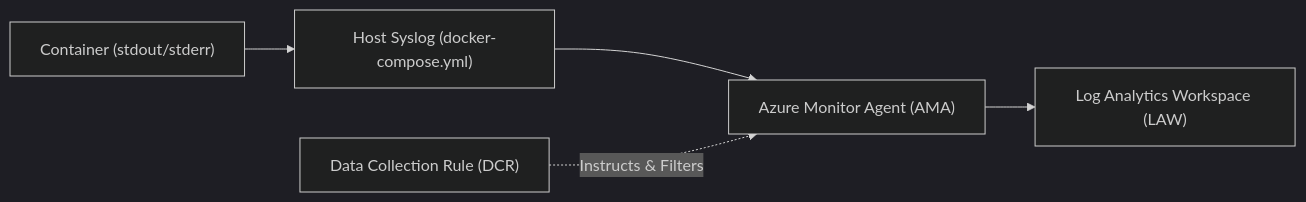
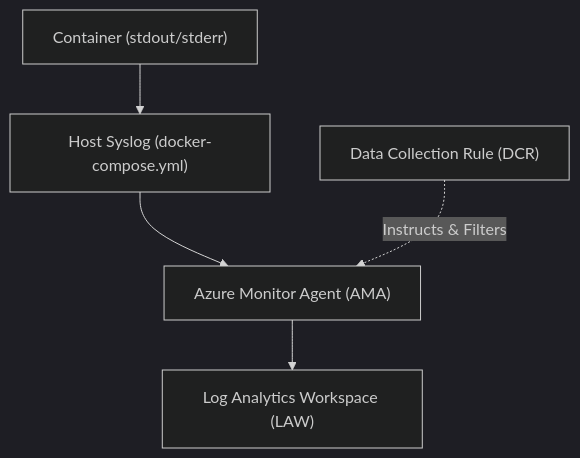
Before and after one commit to naori11/MaaS: the second of 4 diagrams in self-study/MANUAL_NOTES.md, drawn with Mermaid (dark theme). The commit also changed other lines of this file, not shown here.

Commit message:
docs: modify markdown diagram formatting

````diff
--- a/self-study/MANUAL_NOTES.md
+++ b/self-study/MANUAL_NOTES.md
@@ -676,7 +693,7 @@
-      ```mermaid
-      flowchart LR
-          A["Container (stdout/stderr)"] --> B["Host Syslog (docker-compose.yml)"]
-          B --> D["Azure Monitor Agent (AMA)"]
-          DCR["Data Collection Rule (DCR)"] -.->|"Instructs & Filters"| D
-          D --> E["Log Analytics Workspace (LAW)"]
-      ```
+```mermaid
+flowchart TD
+    A["Container (stdout/stderr)"] --> B["Host Syslog (docker-compose.yml)"]
+    B --> D["Azure Monitor Agent (AMA)"]
+    DCR["Data Collection Rule (DCR)"] -.->|"Instructs & Filters"| D
+    D --> E["Log Analytics Workspace (LAW)"]
+```
````
